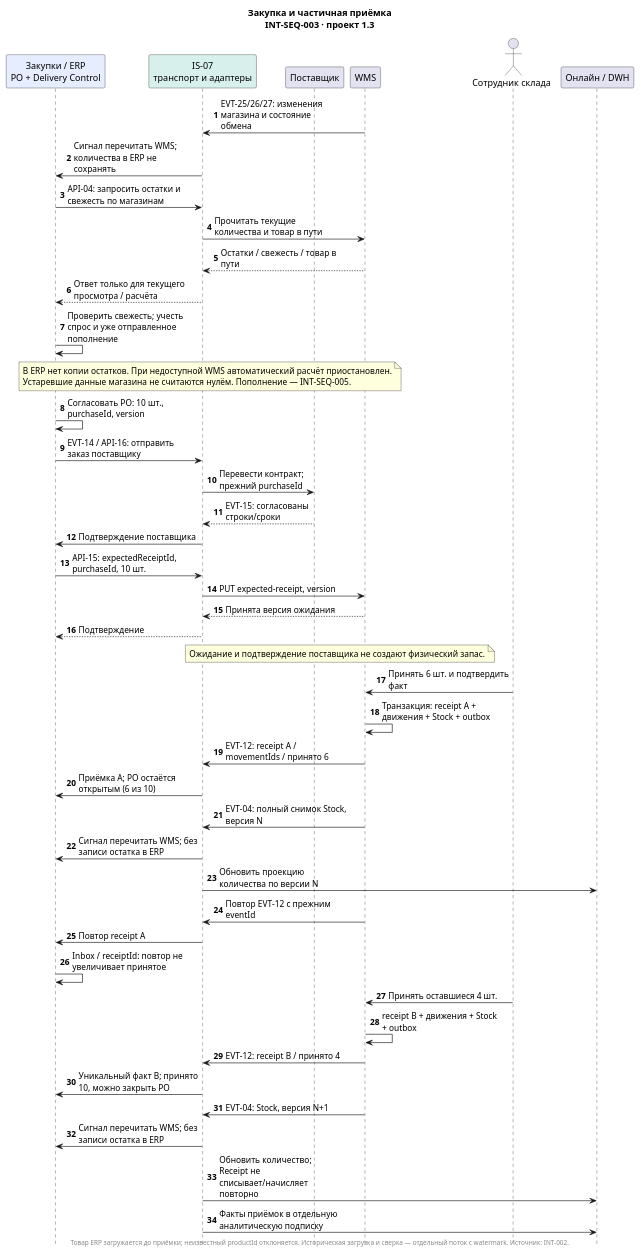
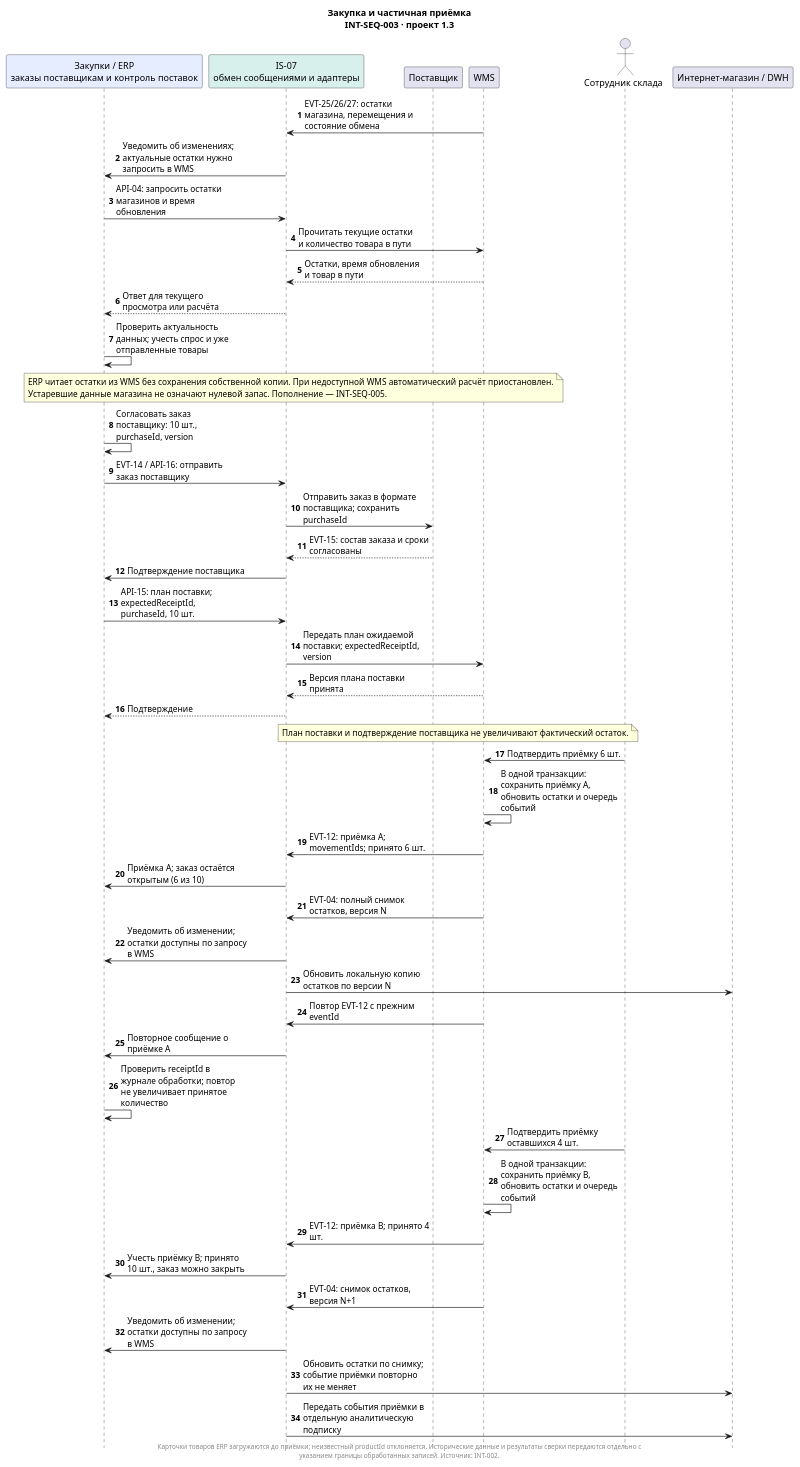
The diagram in 06_integration_architecture/diagrams/INT-SEQ-003-procurement.puml (rsingatulin/hse_architecture), drawn with PlantUML before and after one commit. The commit also changed 20 other files, not shown here.

Commit message:
Исправить русский язык во всех интеграционных схемах

```diff
--- a/06_integration_architecture/diagrams/INT-SEQ-003-procurement.puml
+++ b/06_integration_architecture/diagrams/INT-SEQ-003-procurement.puml
@@ -1,52 +1,55 @@
 @startuml INT-SEQ-003-procurement
 skinparam backgroundColor white
 skinparam defaultFontName Arial
 skinparam shadowing false
 skinparam maxMessageSize 190
 hide footbox
 autonumber
 title Закупка и частичная приёмка\nINT-SEQ-003 · проект 1.3
-participant "Закупки / ERP\nPO + Delivery Control" as PO #E5EDFF
-participant "IS-07\nтранспорт и адаптеры" as IP #D8F0EC
+participant "Закупки / ERP\nзаказы поставщикам и контроль поставок" as PO #E5EDFF
+participant "IS-07\nобмен сообщениями и адаптеры" as IP #D8F0EC
 participant "Поставщик" as Supplier
 participant "WMS" as WMS
 actor "Сотрудник склада" as Clerk
-participant "Онлайн / DWH" as Read
-WMS -> IP: EVT-25/26/27: изменения магазина и состояние обмена
-IP -> PO: Сигнал перечитать WMS; количества в ERP не сохранять
-PO -> IP: API-04: запросить остатки и свежесть по магазинам
-IP -> WMS: Прочитать текущие количества и товар в пути
-WMS --> IP: Остатки / свежесть / товар в пути
-IP --> PO: Ответ только для текущего просмотра / расчёта
-PO -> PO: Проверить свежесть; учесть спрос и уже отправленное пополнение
-note over PO,WMS: В ERP нет копии остатков. При недоступной WMS автоматический расчёт приостановлен.\nУстаревшие данные магазина не считаются нулём. Пополнение — INT-SEQ-005.
-PO -> PO: Согласовать PO: 10 шт., purchaseId, version
+participant "Интернет-магазин / DWH" as Read
+WMS -> IP: EVT-25/26/27: остатки магазина, перемещения и состояние обмена
+IP -> PO: Уведомить об изменениях; актуальные остатки нужно запросить в WMS
+PO -> IP: API-04: запросить остатки магазинов и время обновления
+IP -> WMS: Прочитать текущие остатки и количество товара в пути
+WMS --> IP: Остатки, время обновления и товар в пути
+IP --> PO: Ответ для текущего просмотра или расчёта
+PO -> PO: Проверить актуальность данных; учесть спрос и уже отправленные товары
+note over PO,WMS: ERP читает остатки из WMS без сохранения собственной копии. При недоступной WMS автоматический расчёт приостановлен.\nУстаревшие данные магазина не означают нулевой запас. Пополнение — INT-SEQ-005.
+PO -> PO: Согласовать заказ поставщику: 10 шт., purchaseId, version
 PO -> IP: EVT-14 / API-16: отправить заказ поставщику
-IP -> Supplier: Перевести контракт; прежний purchaseId
-Supplier --> IP: EVT-15: согласованы строки/сроки
+IP -> Supplier: Отправить заказ в формате поставщика; сохранить purchaseId
+Supplier --> IP: EVT-15: состав заказа и сроки согласованы
 IP -> PO: Подтверждение поставщика
-PO -> IP: API-15: expectedReceiptId, purchaseId, 10 шт.
-IP -> WMS: PUT expected-receipt, version
-WMS --> IP: Принята версия ожидания
+PO -> IP: API-15: план поставки; expectedReceiptId, purchaseId, 10 шт.
+IP -> WMS: Передать план ожидаемой поставки; expectedReceiptId, version
+WMS --> IP: Версия плана поставки принята
 IP --> PO: Подтверждение
-note over Supplier,WMS: Ожидание и подтверждение поставщика не создают физический запас.
-Clerk -> WMS: Принять 6 шт. и подтвердить факт
-WMS -> WMS: Транзакция: receipt A + движения + Stock + outbox
-WMS -> IP: EVT-12: receipt A / movementIds / принято 6
-IP -> PO: Приёмка A; PO остаётся открытым (6 из 10)
-WMS -> IP: EVT-04: полный снимок Stock, версия N
-IP -> PO: Сигнал перечитать WMS; без записи остатка в ERP
-IP -> Read: Обновить проекцию количества по версии N
+note over Supplier,WMS: План поставки и подтверждение поставщика не увеличивают фактический остаток.
+Clerk -> WMS: Подтвердить приёмку 6 шт.
+WMS -> WMS: В одной транзакции: сохранить приёмку A, обновить остатки и очередь событий
+WMS -> IP: EVT-12: приёмка A; movementIds; принято 6 шт.
+IP -> PO: Приёмка A; заказ остаётся открытым (6 из 10)
+WMS -> IP: EVT-04: полный снимок остатков, версия N
+IP -> PO: Уведомить об изменении; остатки доступны по запросу в WMS
+IP -> Read: Обновить локальную копию остатков по версии N
 WMS -> IP: Повтор EVT-12 с прежним eventId
-IP -> PO: Повтор receipt A
-PO -> PO: Inbox / receiptId: повтор не увеличивает принятое
-Clerk -> WMS: Принять оставшиеся 4 шт.
-WMS -> WMS: receipt B + движения + Stock + outbox
-WMS -> IP: EVT-12: receipt B / принято 4
-IP -> PO: Уникальный факт B; принято 10, можно закрыть PO
-WMS -> IP: EVT-04: Stock, версия N+1
-IP -> PO: Сигнал перечитать WMS; без записи остатка в ERP
-IP -> Read: Обновить количество; Receipt не списывает/начисляет повторно
-IP -> Read: Факты приёмок в отдельную аналитическую подписку
-footer Товар ERP загружается до приёмки; неизвестный productId отклоняется. Историческая загрузка и сверка — отдельный поток с watermark. Источник: INT-002.
+IP -> PO: Повторное сообщение о приёмке A
+PO -> PO: Проверить receiptId в журнале обработки; повтор не увеличивает принятое количество
+Clerk -> WMS: Подтвердить приёмку оставшихся 4 шт.
+WMS -> WMS: В одной транзакции: сохранить приёмку B, обновить остатки и очередь событий
+WMS -> IP: EVT-12: приёмка B; принято 4 шт.
+IP -> PO: Учесть приёмку B; принято 10 шт., заказ можно закрыть
+WMS -> IP: EVT-04: снимок остатков, версия N+1
+IP -> PO: Уведомить об изменении; остатки доступны по запросу в WMS
+IP -> Read: Обновить остатки по снимку; событие приёмки повторно их не меняет
+IP -> Read: Передать события приёмки в отдельную аналитическую подписку
+footer
+Карточки товаров ERP загружаются до приёмки; неизвестный productId отклоняется. Исторические данные и результаты сверки передаются отдельно с
+указанием границы обработанных записей. Источник: INT-002.
+end footer
 @enduml
```
